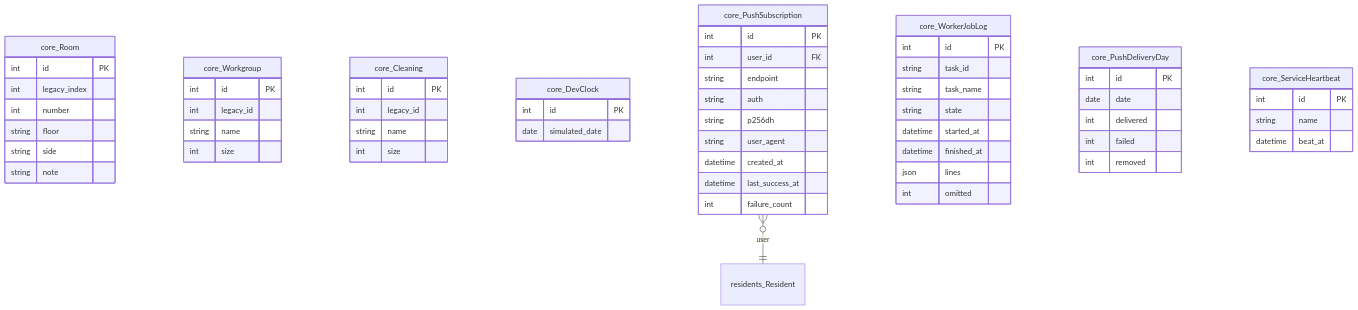
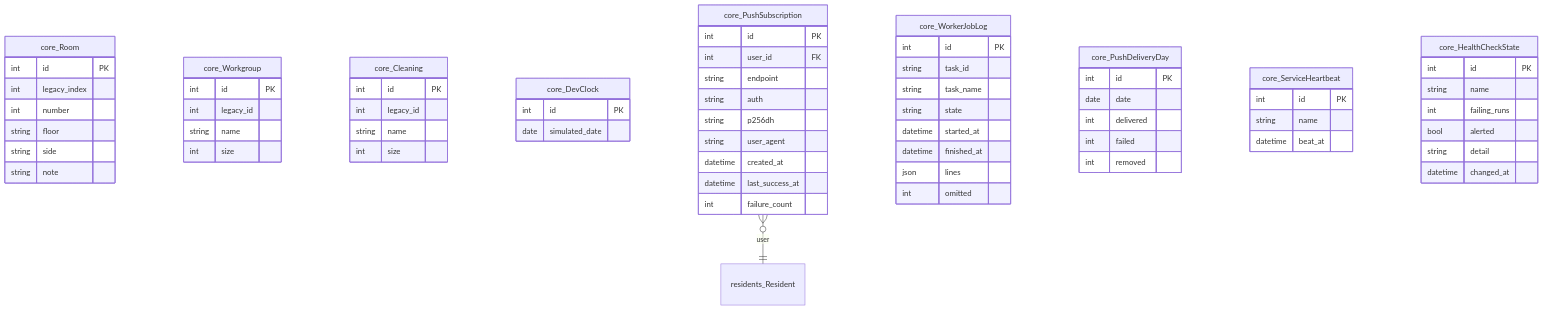
Before and after one commit to GAHK-org/gahk_intern: the sixth of 16 diagrams in docs/erd.md, drawn with Mermaid. The commit also changed other lines of this file and 9 other files, not shown here.

````diff
--- a/docs/erd.md
+++ b/docs/erd.md
@@ -974,71 +983,80 @@
 ```mermaid
 erDiagram
     core_Room {
         int id PK
         int legacy_index
         int number
         string floor
         string side
         string note
     }
 
     core_Workgroup {
         int id PK
         int legacy_id
         string name
         int size
     }
 
     core_Cleaning {
         int id PK
         int legacy_id
         string name
         int size
     }
 
     core_DevClock {
         int id PK
         date simulated_date
     }
 
     core_PushSubscription {
         int id PK
         int user_id FK
         string endpoint
         string auth
         string p256dh
         string user_agent
         datetime created_at
         datetime last_success_at
         int failure_count
     }
 
     core_WorkerJobLog {
         int id PK
         string task_id
         string task_name
         string state
         datetime started_at
         datetime finished_at
         json lines
         int omitted
     }
 
     core_PushDeliveryDay {
         int id PK
         date date
         int delivered
         int failed
         int removed
     }
 
     core_ServiceHeartbeat {
         int id PK
         string name
         datetime beat_at
     }
 
+    core_HealthCheckState {
+        int id PK
+        string name
+        int failing_runs
+        bool alerted
+        string detail
+        datetime changed_at
+    }
+
     residents_Resident { }
 
     core_PushSubscription }o--|| residents_Resident : "user"
 ```
````
